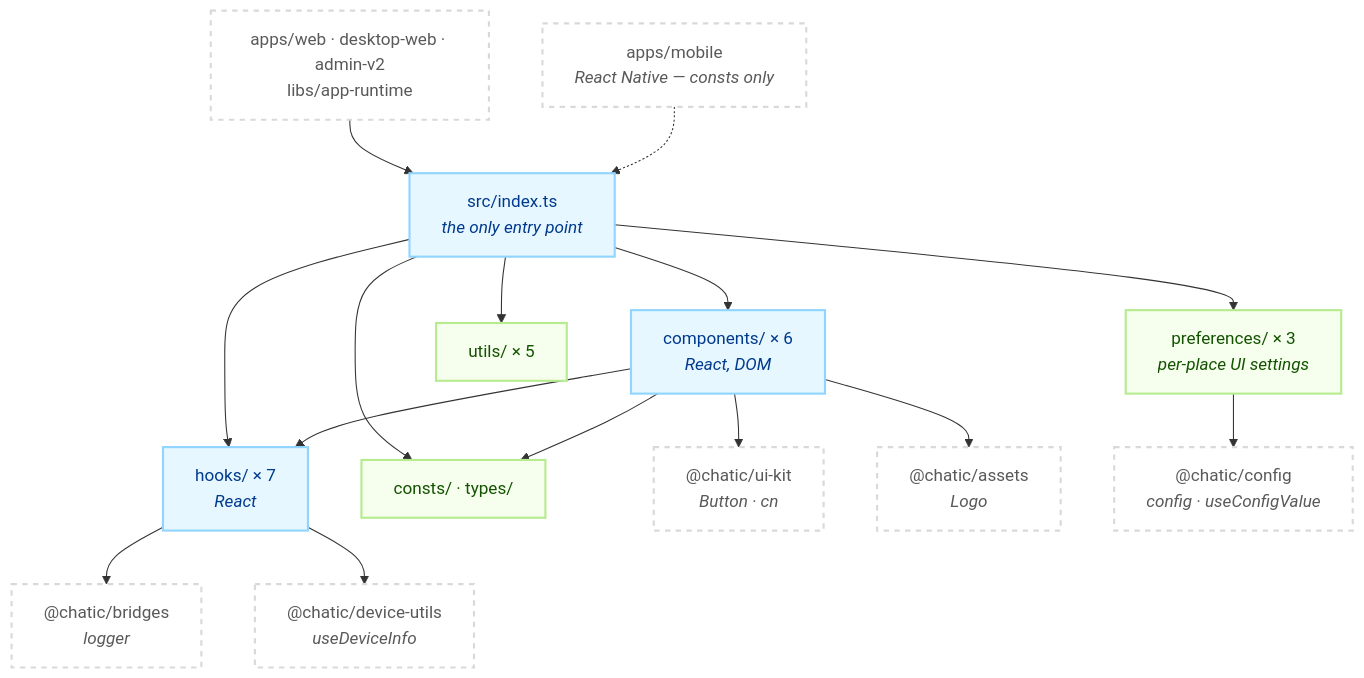
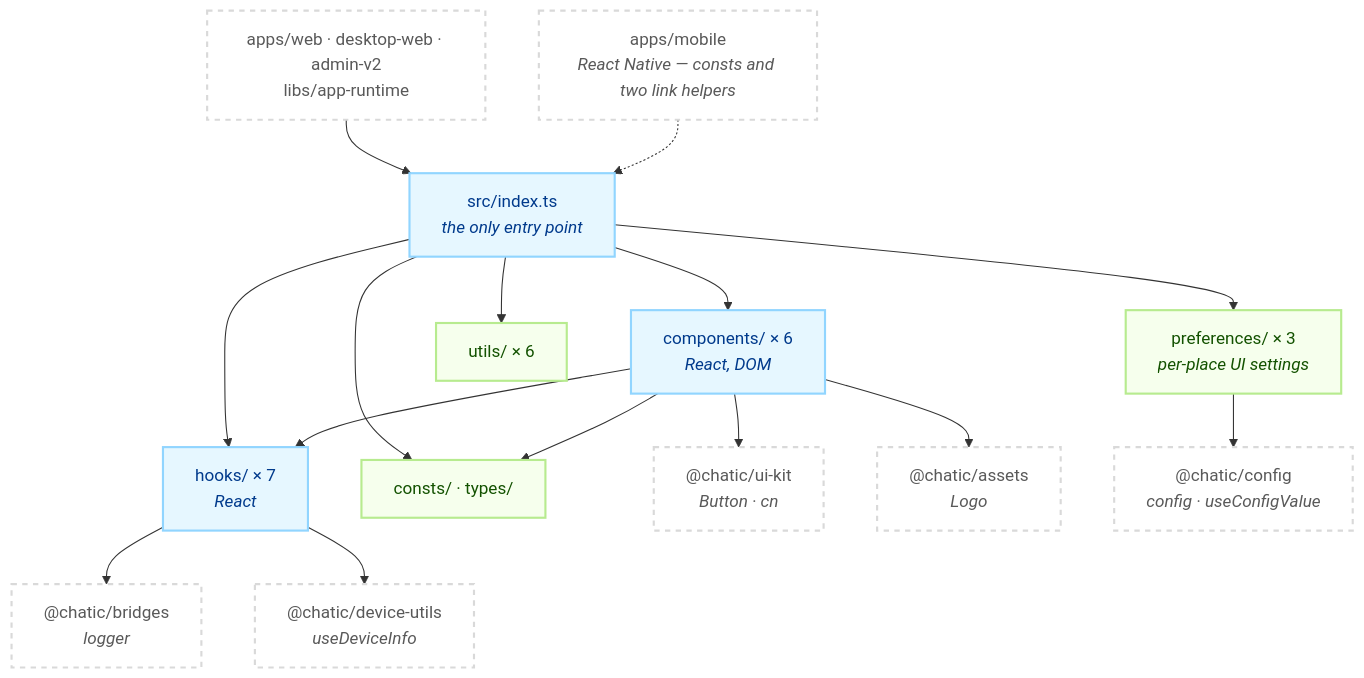
Before and after one commit to lemoncloud-io/dou-app: the first of 2 diagrams in libs/shared/README.md, drawn with Mermaid. The commit also changed other lines of this file and 32 other files, not shown here.

````diff
--- a/libs/shared/README.md
+++ b/libs/shared/README.md
@@ -129,38 +129,38 @@
 ```mermaid
 flowchart TD
     classDef grp fill:#e6f7ff,stroke:#91d5ff,stroke-width:2px,color:#003a8c;
     classDef pure fill:#f6ffed,stroke:#b7eb8f,stroke-width:2px,color:#135200;
     classDef ext fill:#ffffff,stroke:#d9d9d9,stroke-width:2px,color:#595959,stroke-dasharray: 5 5;
 
     App["apps/web · desktop-web · admin-v2<br/>libs/app-runtime"]:::ext
-    RN["apps/mobile<br/><i>React Native — consts only</i>"]:::ext
+    RN["apps/mobile<br/><i>React Native — consts and two link helpers</i>"]:::ext
 
     Barrel["src/index.ts<br/><i>the only entry point</i>"]:::grp
 
     Comp["components/ × 6<br/><i>React, DOM</i>"]:::grp
     Hooks["hooks/ × 7<br/><i>React</i>"]:::grp
     Prefs["preferences/ × 3<br/><i>per-place UI settings</i>"]:::pure
-    Utils["utils/ × 5"]:::pure
+    Utils["utils/ × 6"]:::pure
     Const["consts/ · types/"]:::pure
 
     UiKit["@chatic/ui-kit<br/><i>Button · cn</i>"]:::ext
     Assets["@chatic/assets<br/><i>Logo</i>"]:::ext
     Bridges["@chatic/bridges<br/><i>logger</i>"]:::ext
     Cfg["@chatic/config<br/><i>config · useConfigValue</i>"]:::ext
     Dev["@chatic/device-utils<br/><i>useDeviceInfo</i>"]:::ext
 
     App --> Barrel
     RN -.-> Barrel
     Barrel --> Comp
     Barrel --> Hooks
     Barrel --> Prefs
     Barrel --> Utils
     Barrel --> Const
     Comp --> Hooks
     Comp --> Const
     Comp --> UiKit
     Comp --> Assets
     Hooks --> Bridges
     Hooks --> Dev
     Prefs --> Cfg
 ```
````
